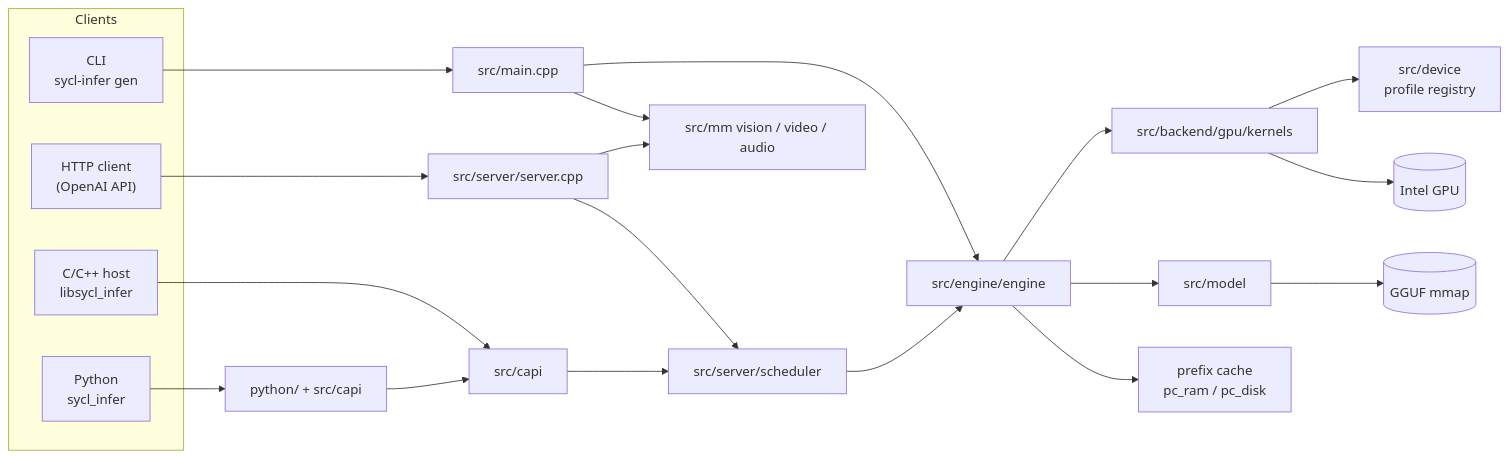
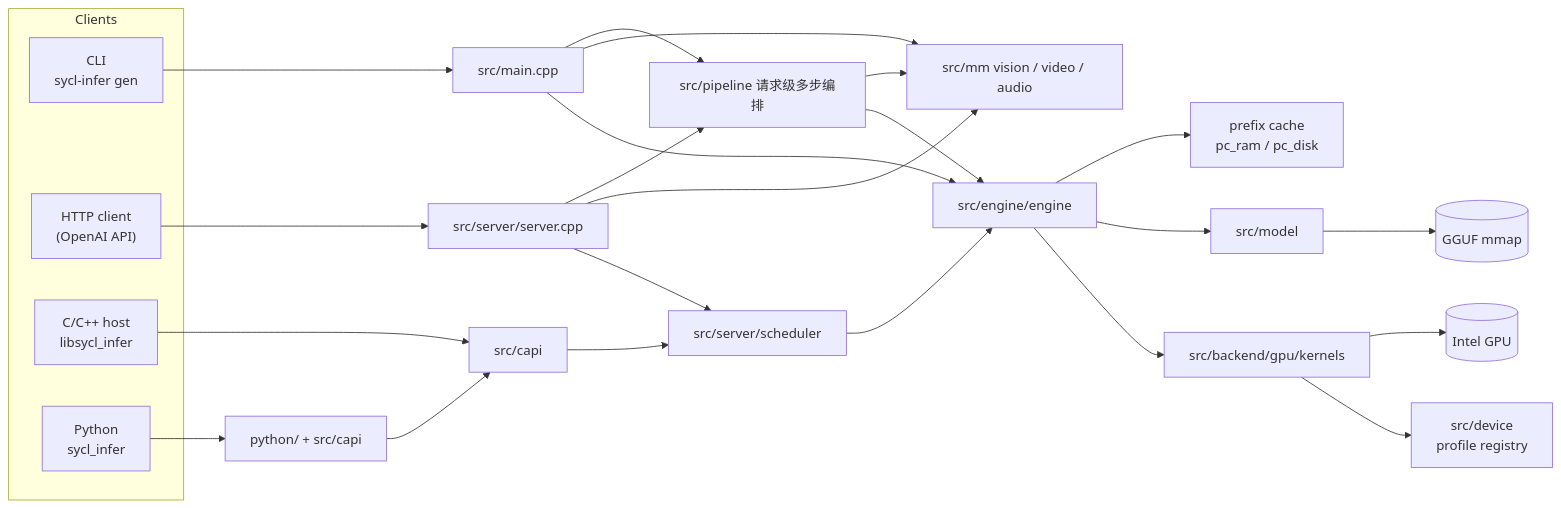
Before and after one commit to notsyncing/sycl-infer: the first of 3 diagrams in docs/architecture.md, drawn with Mermaid. The commit also changed other lines of this file and 71 other files, not shown here.

````diff
--- a/docs/architecture.md
+++ b/docs/architecture.md
@@ -51,26 +51,30 @@
 ```mermaid
 flowchart LR
     subgraph Clients
         CLI["CLI\nsycl-infer gen"]
         HTTP["HTTP client\n(OpenAI API)"]
         CHOST["C/C++ host\nlibsycl_infer"]
         PY["Python\nsycl_infer"]
     end
     CLI --> MAIN[src/main.cpp]
     HTTP --> SRV[src/server/server.cpp]
     CHOST --> CAPI[src/capi]
     PY --> PYBIND[python/ + src/capi]
     MAIN --> ENG[src/engine/engine]
     SRV --> SCHED[src/server/scheduler]
     SCHED --> ENG
     CAPI --> SCHED
     PYBIND --> CAPI
     MAIN --> MM[src/mm vision / video / audio]
     SRV --> MM
+    SRV --> PIPE[src/pipeline 请求级多步编排]
+    MAIN --> PIPE
+    PIPE --> ENG
+    PIPE --> MM
     ENG --> KERN[src/backend/gpu/kernels]
     ENG --> MODEL[src/model]
     ENG --> PC[prefix cache\npc_ram / pc_disk]
     KERN --> DEV[src/device\nprofile registry]
     KERN --> GPU[(Intel GPU)]
     MODEL --> GGUF[(GGUF mmap)]
 ```
````
